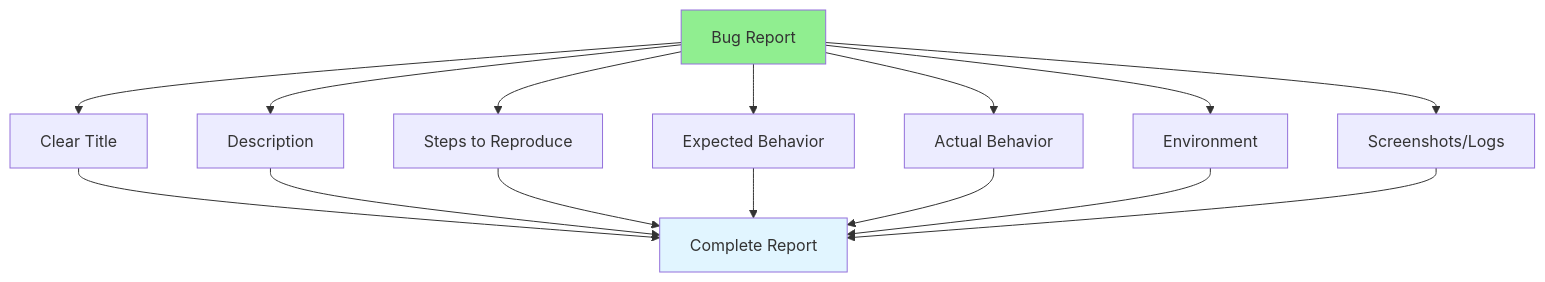
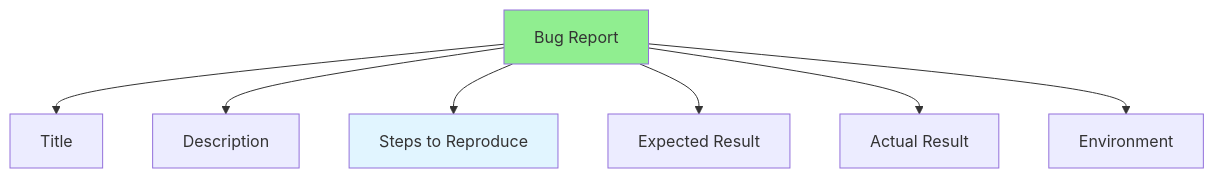
One commit to iouthnamain/tech-note changed the diagram in Full-Stack-Guides/Group-07-Unit-Test-Debug/07.10_Bug_Reporting.md. Above: the diagram before and after it, drawn with Mermaid. The commit also changed other lines of this file and 480 other files, not shown here.

````diff
--- a/Full-Stack-Guides/Group-07-Unit-Test-Debug/07.10_Bug_Reporting.md
+++ b/Full-Stack-Guides/Group-07-Unit-Test-Debug/07.10_Bug_Reporting.md
@@ -22,21 +22,12 @@
 ```mermaid
 graph TD
-    Report[Bug Report] --> Title[Clear Title]
+    Report[Bug Report] --> Title[Title]
     Report --> Description[Description]
     Report --> Steps[Steps to Reproduce]
-    Report --> Expected[Expected Behavior]
-    Report --> Actual[Actual Behavior]
+    Report --> Expected[Expected Result]
+    Report --> Actual[Actual Result]
     Report --> Environment[Environment]
-    Report --> Screenshots[Screenshots/Logs]
-    
-    Title --> Complete[Complete Report]
-    Description --> Complete
-    Steps --> Complete
-    Expected --> Complete
-    Actual --> Complete
-    Environment --> Complete
-    Screenshots --> Complete
     
     style Report fill:#90EE90
-    style Complete fill:#e1f5ff
+    style Steps fill:#e1f5ff
 ```
````
